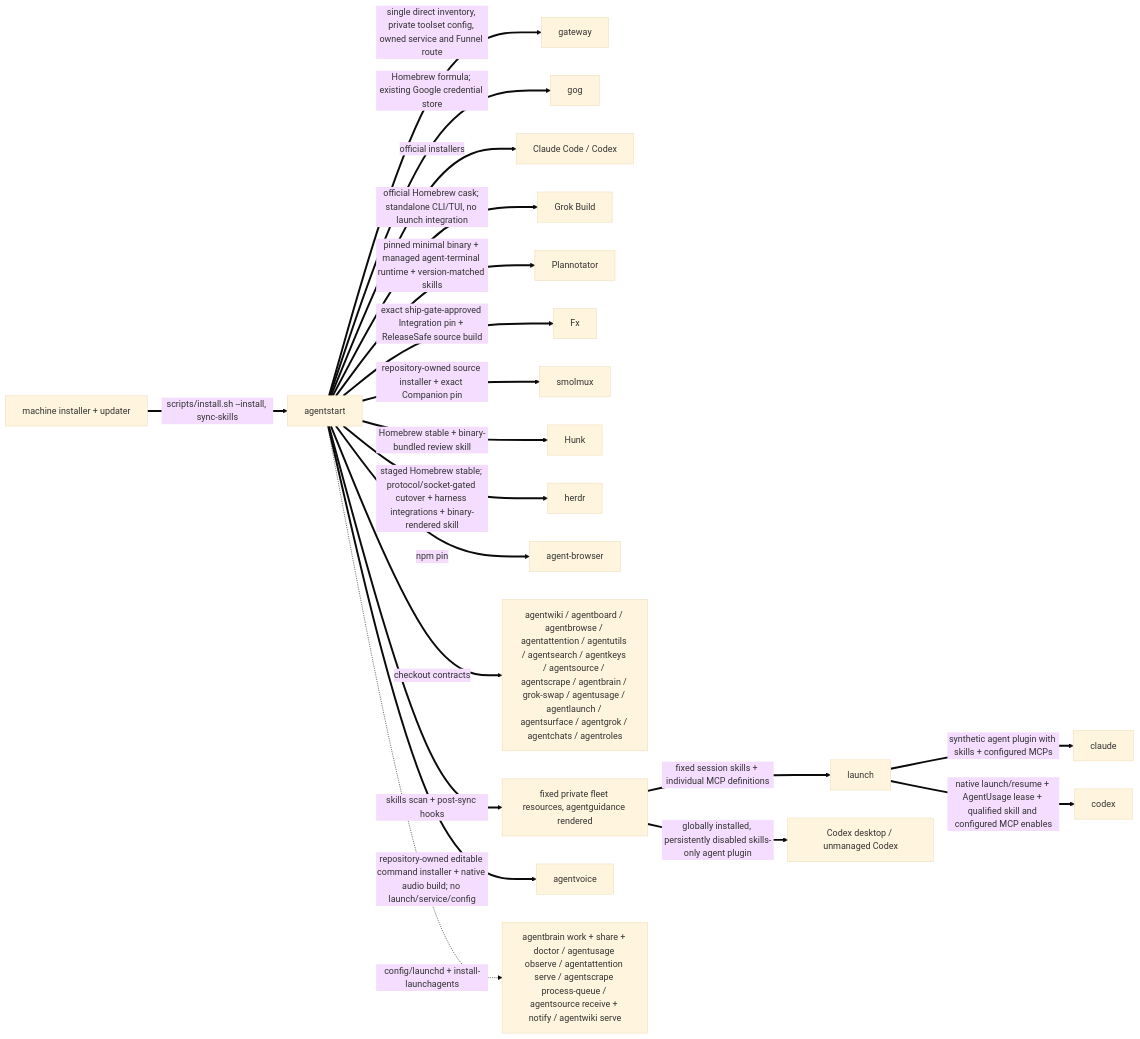
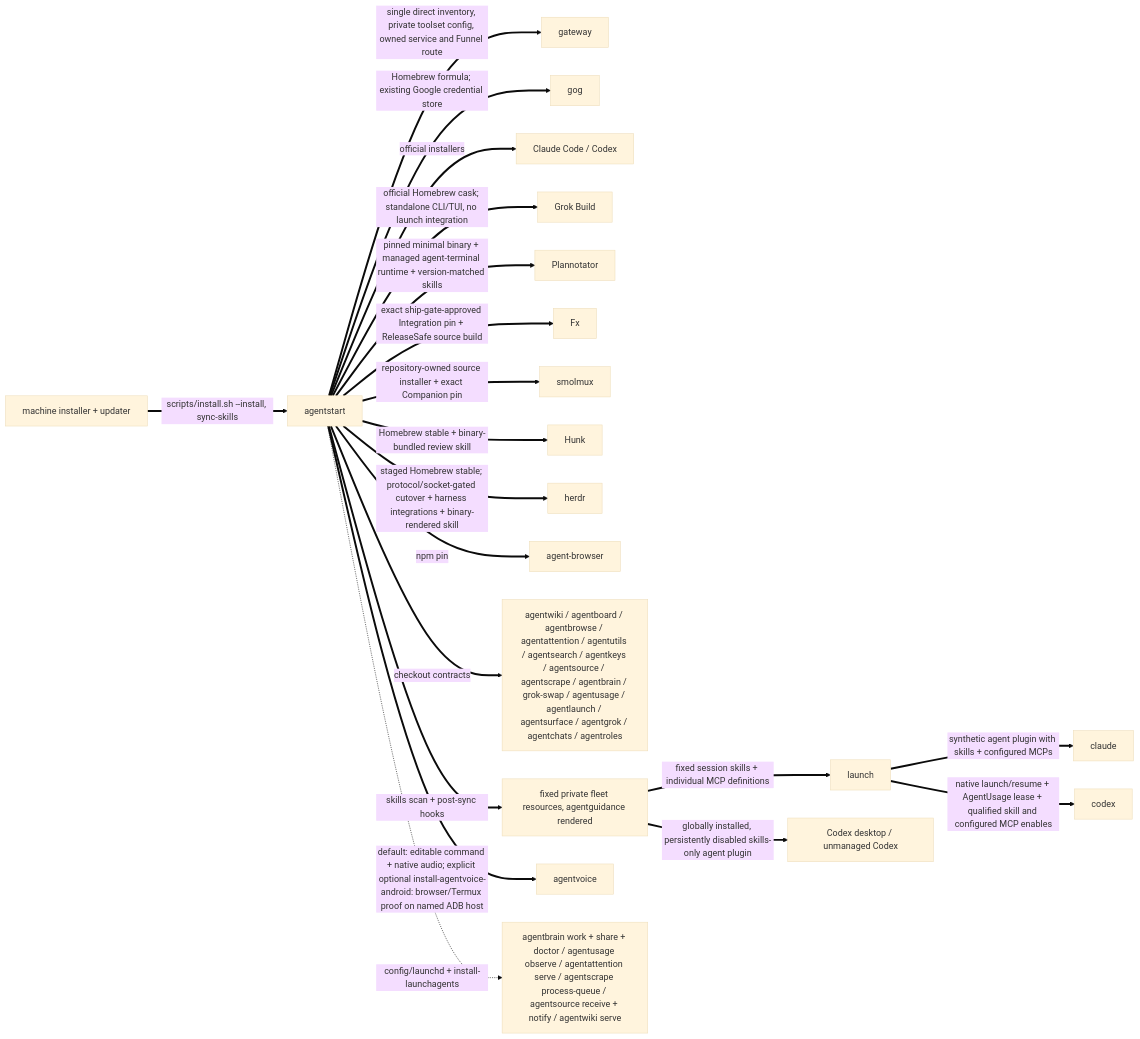
Before and after one commit to possibilities/agentstart: the second of 3 diagrams in skills/fleet/MAP.md, drawn with Mermaid (base theme). The commit also changed other lines of this file and 5 other files, not shown here.

Commit message:
Delegate optional Android voice deployment to AgentVoice

````diff
--- a/skills/fleet/MAP.md
+++ b/skills/fleet/MAP.md
@@ -105,25 +105,25 @@
 ```mermaid
 flowchart LR
     machine[machine installer + updater]
     start[agentstart]
 
     machine ==>|scripts/install.sh --install, sync-skills| start
     start ==>|single direct inventory, private toolset config, owned service and Funnel route| gateway
     start ==>|Homebrew formula; existing Google credential store| gog
     start ==>|official installers| harnesses[Claude Code / Codex]
     start ==>|official Homebrew cask; standalone CLI/TUI, no launch integration| grok[Grok Build]
     start ==>|pinned minimal binary + managed agent-terminal runtime + version-matched skills| plannotator[Plannotator]
     start ==>|exact ship-gate-approved Integration pin + ReleaseSafe source build| fx[Fx]
     start ==>|repository-owned source installer + exact Companion pin| smolmuxInstall[smolmux]
     start ==>|Homebrew stable + binary-bundled review skill| hunk[Hunk]
     start ==>|staged Homebrew stable; protocol/socket-gated cutover + harness integrations + binary-rendered skill| herdrInstall[herdr]
     start ==>|npm pin| browser[agent-browser]
     start ==>|checkout contracts| fleet[agentwiki / agentboard / agentbrowse / agentattention / agentutils / agentsearch / agentkeys / agentsource / agentscrape / agentbrain / grok-swap / agentusage / agentlaunch / agentsurface / agentgrok / agentchats / agentroles]
     start ==>|skills scan + post-sync hooks| skills[fixed private fleet resources, agentguidance rendered]
-    start ==>|repository-owned editable command installer + native audio build; no launch/service/config| voiceInstall[agentvoice]
+    start ==>|default: editable command + native audio; explicit optional install-agentvoice-android: browser/Termux proof on named ADB host| voiceInstall[agentvoice]
     skills ==>|fixed session skills + individual MCP definitions| launch
     launch ==>|synthetic agent plugin with skills + configured MCPs| claude
     launch ==>|native launch/resume + AgentUsage lease + qualified skill and configured MCP enables| codex
     skills ==>|globally installed, persistently disabled skills-only agent plugin| codexDesktop[Codex desktop / unmanaged Codex]
     start -.->|config/launchd + install-launchagents| services[agentbrain work + share + doctor / agentusage observe / agentattention serve / agentscrape process-queue / agentsource receive + notify / agentwiki serve]
 ```
````
